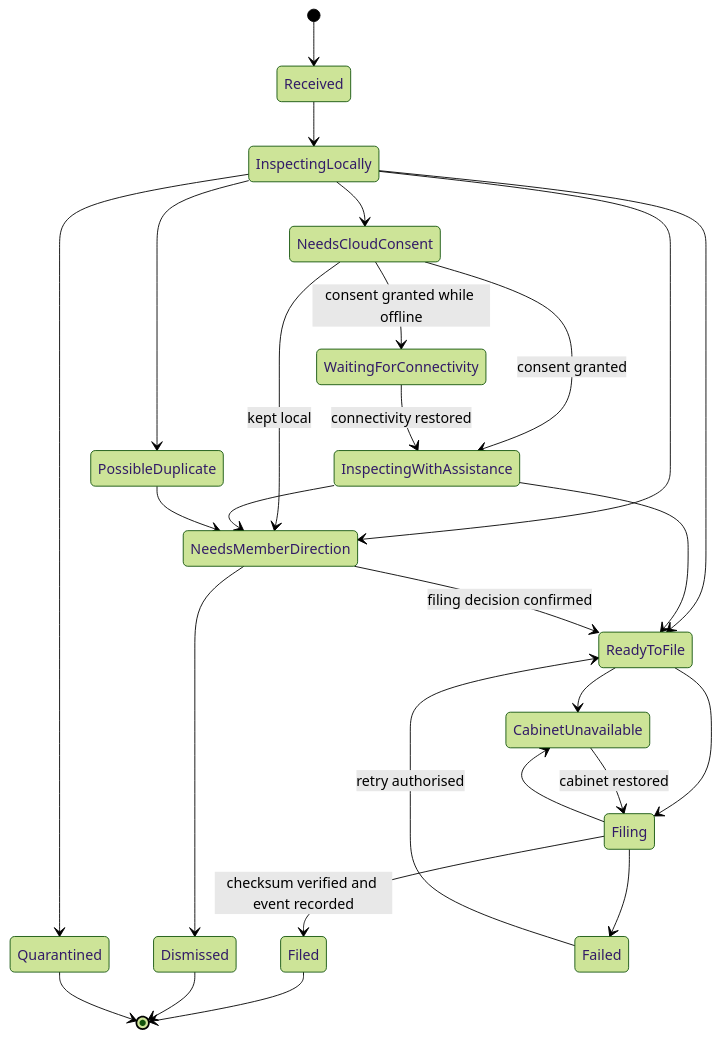
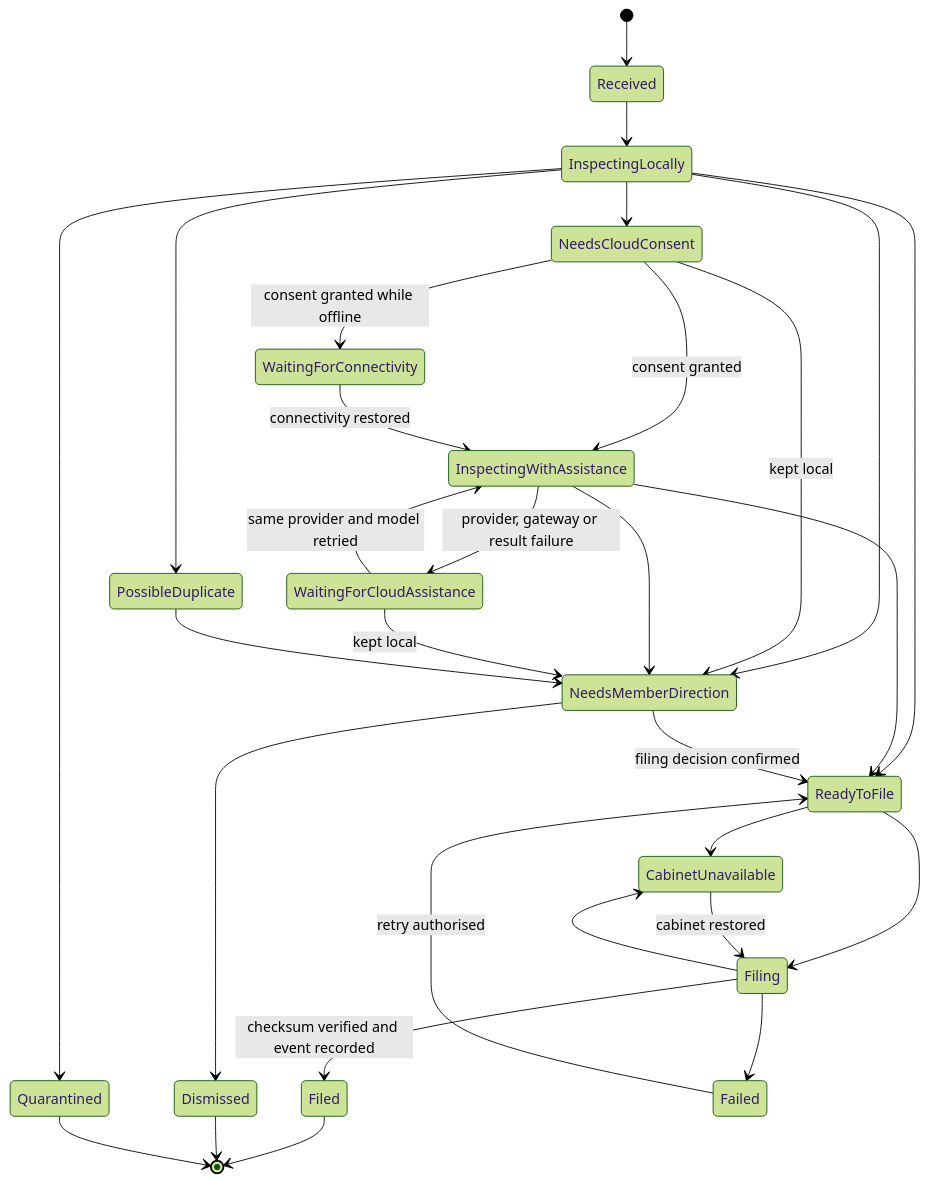
Before and after one commit to yasserchehade/Luna: the second of 2 diagrams in docs/domain-model.md, drawn with Mermaid (forest theme). The commit also changed other lines of this file and 19 other files, not shown here.

````diff
--- a/docs/domain-model.md
+++ b/docs/domain-model.md
@@ -110,34 +110,37 @@
 ```mermaid
 stateDiagram-v2
     [*] --> Received
     Received --> InspectingLocally
 
     InspectingLocally --> NeedsMemberDirection
     InspectingLocally --> NeedsCloudConsent
     InspectingLocally --> ReadyToFile
     InspectingLocally --> PossibleDuplicate
     InspectingLocally --> Quarantined
 
     NeedsCloudConsent --> WaitingForConnectivity: consent granted while offline
     NeedsCloudConsent --> InspectingWithAssistance: consent granted
     NeedsCloudConsent --> NeedsMemberDirection: kept local
     InspectingWithAssistance --> NeedsMemberDirection
     InspectingWithAssistance --> ReadyToFile
+    InspectingWithAssistance --> WaitingForCloudAssistance: provider, gateway or result failure
     WaitingForConnectivity --> InspectingWithAssistance: connectivity restored
+    WaitingForCloudAssistance --> InspectingWithAssistance: same provider and model retried
+    WaitingForCloudAssistance --> NeedsMemberDirection: kept local
 
     PossibleDuplicate --> NeedsMemberDirection
     NeedsMemberDirection --> ReadyToFile: filing decision confirmed
     NeedsMemberDirection --> Dismissed
 
     ReadyToFile --> CabinetUnavailable
     ReadyToFile --> Filing
     CabinetUnavailable --> Filing: cabinet restored
     Filing --> Filed: checksum verified and event recorded
     Filing --> CabinetUnavailable
     Filing --> Failed
 
     Failed --> ReadyToFile: retry authorised
     Filed --> [*]
     Dismissed --> [*]
     Quarantined --> [*]
 ```
````
